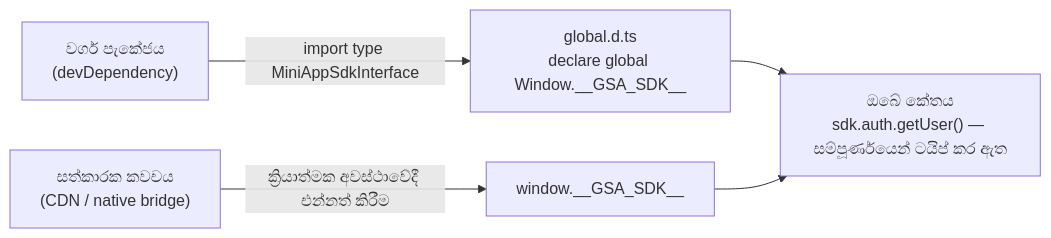
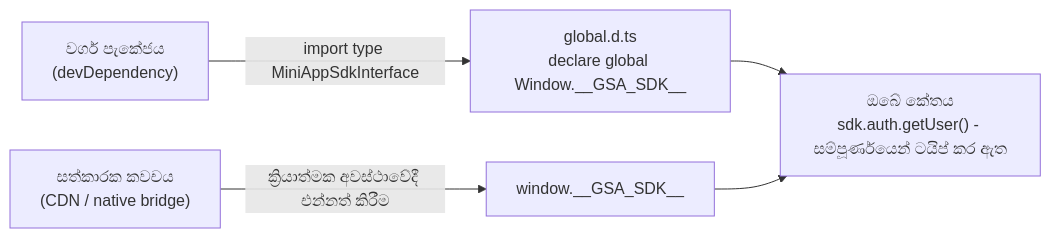
Before and after one commit to lizuzsusil/developer-portal: the diagram in i18n/si/docusaurus-plugin-content-docs/current/getting-started.mdx, drawn with Mermaid. The commit also changed other lines of this file and 54 other files, not shown here.

````diff
--- a/i18n/si/docusaurus-plugin-content-docs/current/getting-started.mdx
+++ b/i18n/si/docusaurus-plugin-content-docs/current/getting-started.mdx
@@ -25,7 +25,7 @@
 ```mermaid
 flowchart LR
     A["වර්ග පැකේජය<br/>(devDependency)"] -->|"import type MiniAppSdkInterface"| B["global.d.ts<br/>declare global Window.__GSA_SDK__"]
-    B --> C["ඔබේ කේතය<br/>sdk.auth.getUser() — සම්පූර්ණයෙන් ටයිප් කර ඇත"]
+    B --> C["ඔබේ කේතය<br/>sdk.auth.getUser() - සම්පූර්ණයෙන් ටයිප් කර ඇත"]
     D["සත්කාරක කවචය<br/>(CDN / native bridge)"] -->|"ක්‍රියාත්මක අවස්ථාවේදී එන්නත් කිරීම"| E["window.__GSA_SDK__"]
     E --> C
 ```
````
